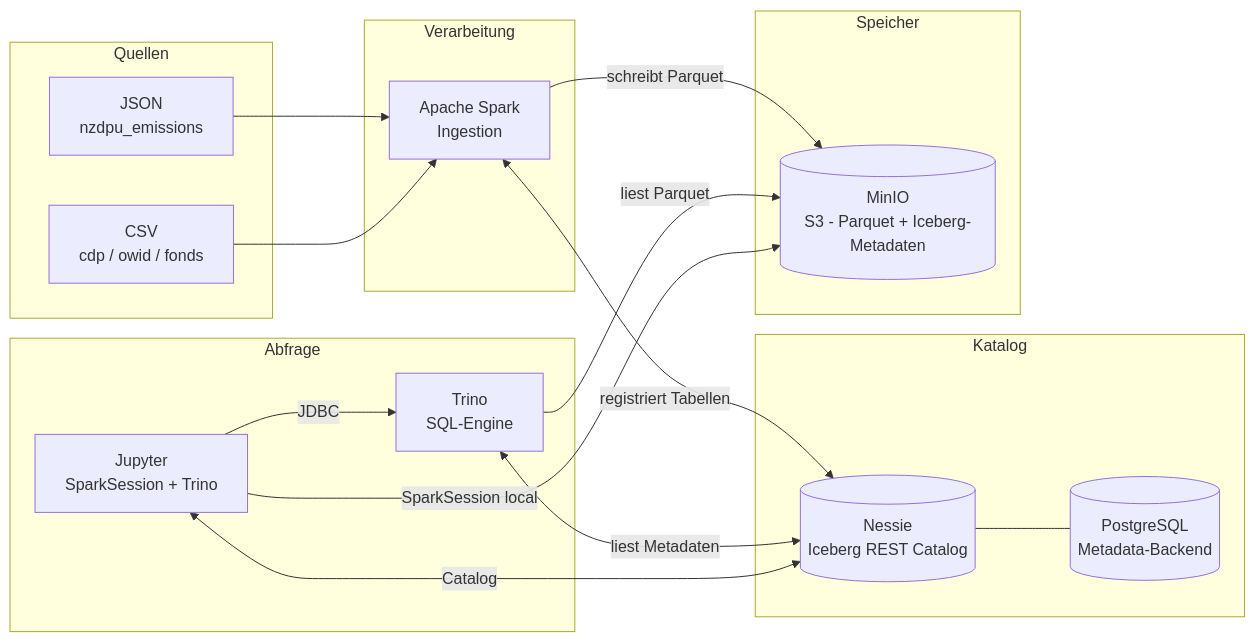
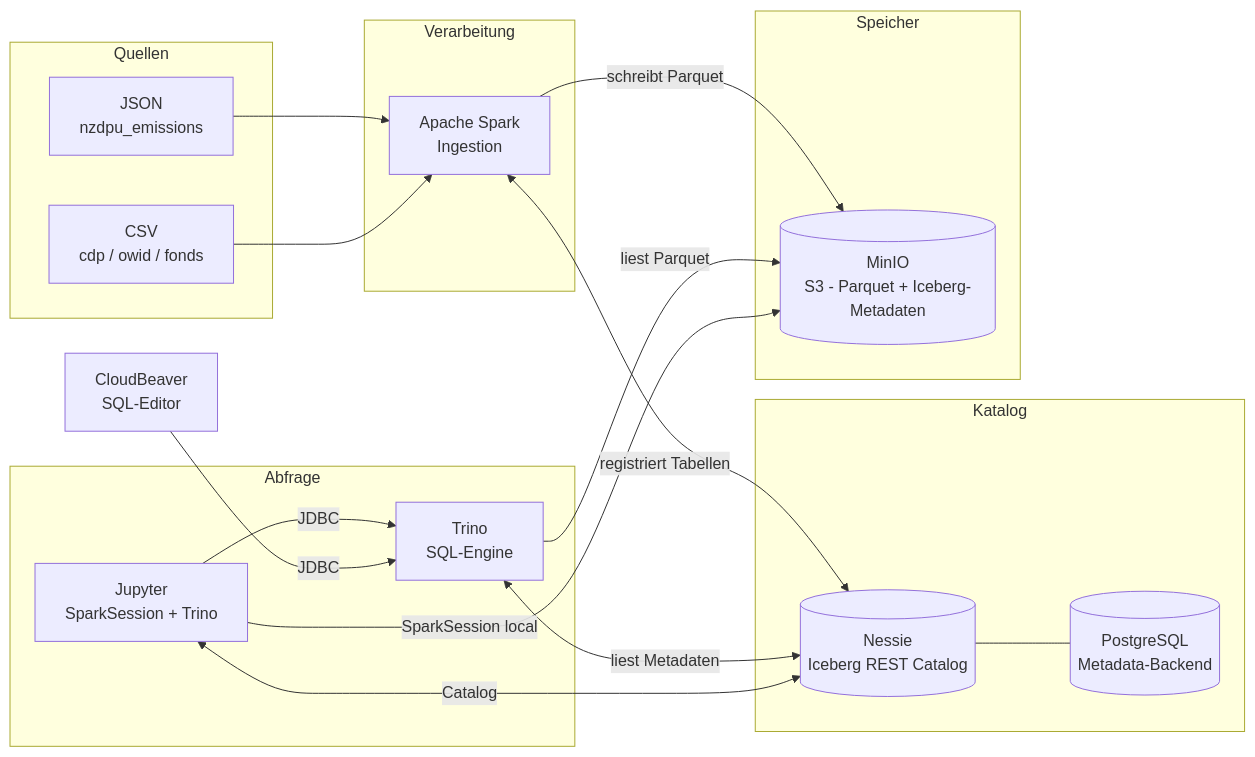
Before and after one commit to dev400-jd/mini-lakehouse: the diagram in README.md, drawn with Mermaid. The commit also changed other lines of this file and 5 other files, not shown here.

First line of the commit message:
AP-8: CloudBeaver Web-SQL-Editor integriert

````diff
--- a/README.md
+++ b/README.md
@@ -48,36 +50,37 @@
 ```mermaid
 flowchart LR
     subgraph Quellen
         J[JSON\nnzdpu_emissions]
         C[CSV\ncdp / owid / fonds]
     end
 
     subgraph Verarbeitung
         Spark[Apache Spark\nIngestion]
     end
 
     subgraph Katalog
         Nessie[(Nessie\nIceberg REST Catalog)]
         PG[(PostgreSQL\nMetadata-Backend)]
     end
 
     subgraph Speicher
         MinIO[(MinIO\nS3 - Parquet + Iceberg-Metadaten)]
     end
 
     subgraph Abfrage
         Trino[Trino\nSQL-Engine]
         Jupyter[Jupyter\nSparkSession + Trino]
     end
 
     J --> Spark
     C --> Spark
     Spark -->|schreibt Parquet| MinIO
     Spark <-->|registriert Tabellen| Nessie
     Nessie --- PG
     Trino <-->|liest Metadaten| Nessie
     Trino -->|liest Parquet| MinIO
     Jupyter -->|SparkSession local| MinIO
     Jupyter -->|JDBC| Trino
     Jupyter <-->|Catalog| Nessie
+    CloudBeaver[CloudBeaver\nSQL-Editor] -->|JDBC| Trino
 ```
````
